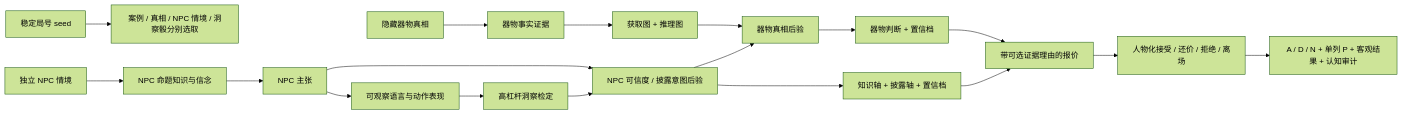
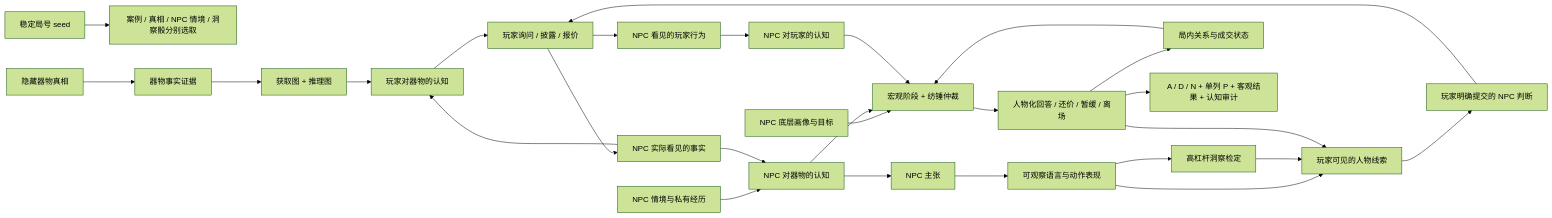
Before and after one commit to NomuTsuki/zhangyan: the second of 3 diagrams in docs/project/01-SYSTEM-MAP.md, drawn with Mermaid (forest theme). The commit also changed other lines of this file and 26 other files, not shown here.

````diff
--- a/docs/project/01-SYSTEM-MAP.md
+++ b/docs/project/01-SYSTEM-MAP.md
@@ -68,20 +72,29 @@
 ```mermaid
 flowchart LR
     Seed["稳定局号 seed"] --> Session["案例 / 真相 / NPC 情境 / 洞察骰分别选取"]
     Truth["隐藏器物真相"] --> ObjectEvidence["器物事实证据"]
     ObjectEvidence --> ReasoningGraph["获取图 + 推理图"]
-    NpcScenario["独立 NPC 情境"] --> Knowledge["NPC 命题知识与信念"]
-    Knowledge --> Utterance["NPC 主张"]
+    ReasoningGraph --> PlayerObjectBelief["玩家对器物的认知"]
+    NpcScenario["NPC 情境与私有经历"] --> NpcObjectBelief["NPC 对器物的认知"]
+    PlayerAction["玩家询问 / 披露 / 报价"] --> SharedEvidence["NPC 实际看见的事实"]
+    SharedEvidence --> NpcObjectBelief
+    SharedEvidence --> PlayerObjectBelief
+    NpcObjectBelief --> Utterance["NPC 主张"]
     Utterance --> Performance["可观察语言与动作表现"]
     Performance --> Insight["高杠杆洞察检定"]
-    Utterance --> PersonPosterior["NPC 可信度 / 披露意图后验"]
-    Insight --> PersonPosterior
-    ReasoningGraph --> ObjectPosterior["器物真相后验"]
-    PersonPosterior --> ObjectPosterior
-    ObjectPosterior --> ObjectAppraisal["器物判断 + 置信档"]
-    PersonPosterior --> NpcAppraisal["知识轴 + 披露轴 + 置信档"]
-    ObjectAppraisal --> Trade["带可选证据理由的报价"]
-    NpcAppraisal --> Trade
-    Trade --> NpcReply["人物化接受 / 还价 / 拒绝 / 离场"]
+    Performance --> PlayerNpcView["玩家可见的人物线索"]
+    Insight --> PlayerNpcView
+    PlayerNpcView --> PlayerNpcAppraisal["玩家明确提交的 NPC 判断"]
+    PlayerObjectBelief --> PlayerAction
+    PlayerNpcAppraisal --> PlayerAction
+    PlayerAction --> NpcPlayerObservation["NPC 看见的玩家行为"]
+    NpcPlayerObservation --> NpcPlayerModel["NPC 对玩家的认知"]
+    Profile["NPC 底层画像与目标"] --> Arbiter["宏观阶段 + 纺锤仲裁"]
+    NpcObjectBelief --> Arbiter
+    NpcPlayerModel --> Arbiter
+    State["局内关系与成交状态"] --> Arbiter
+    Arbiter --> NpcReply["人物化回答 / 还价 / 暂缓 / 离场"]
+    NpcReply --> State
+    NpcReply --> PlayerNpcView
     NpcReply --> Review["A / D / N + 单列 P + 客观结果 + 认知审计"]
 ```
````
